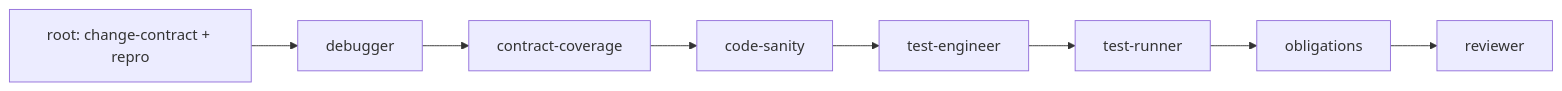
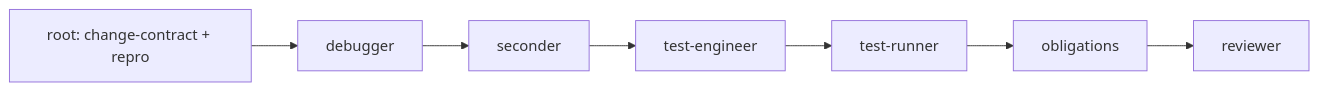
The fifth of 16 diagrams in docs/design/chain-templates.md (xtrm-dev/specialists), drawn with Mermaid before and after one commit. The commit also changed other lines of this file and 2 other files, not shown here.

````diff
--- a/docs/design/chain-templates.md
+++ b/docs/design/chain-templates.md
@@ -290,10 +304,9 @@
 ```mermaid
 flowchart LR
   root[root: change-contract + repro] --> debugger
-  debugger --> contract-coverage
-  contract-coverage --> code-sanity
-  code-sanity --> test-engineer
+  debugger --> seconder
+  seconder --> test-engineer
   test-engineer --> test-runner
   test-runner --> obligations
   obligations --> reviewer
 ```
````
